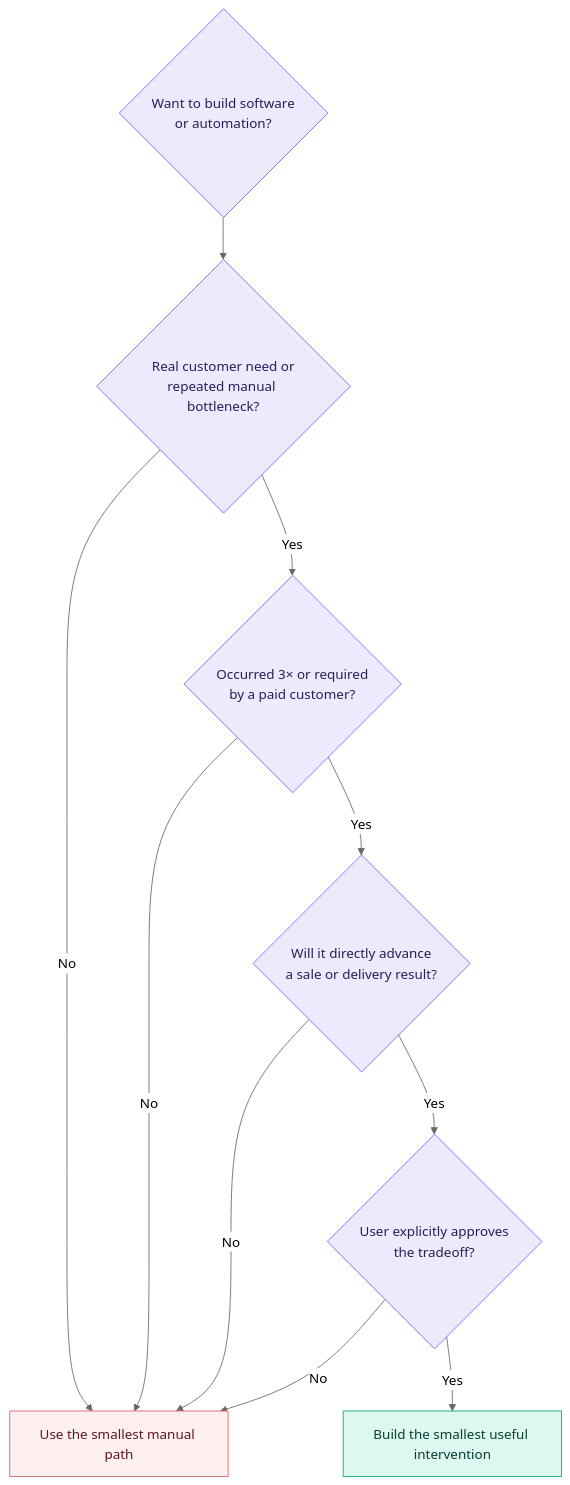
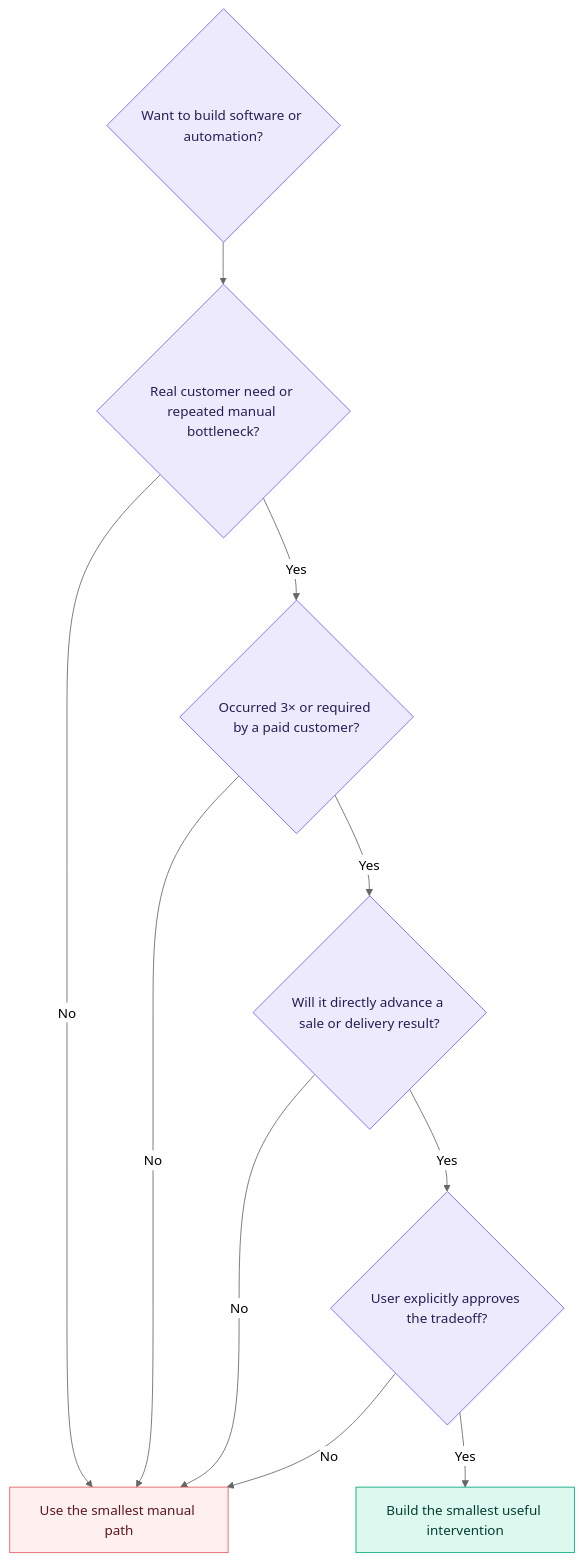
The third of 4 diagrams in README.md (izestylusx/revenue-coach), drawn with Mermaid (neutral theme) before and after one commit. The commit also changed other lines of this file and 36 other files, not shown here.

````diff
--- a/README.md
+++ b/README.md
@@ -94,19 +129,19 @@
 ```mermaid
 flowchart TD
-    A{Want to build software<br>or automation?} --> B{Real customer need or<br>repeated manual bottleneck?}
-    B -- No --> C[Use the smallest manual path]
-    B -- Yes --> D{Occurred 3× or required<br>by a paid customer?}
+    A{"Want to build software or automation?"} --> B{"Real customer need or repeated manual bottleneck?"}
+    B -- No --> C["Use the smallest manual path"]
+    B -- Yes --> D{"Occurred 3× or required by a paid customer?"}
     D -- No --> C
-    D -- Yes --> E{Will it directly advance<br>a sale or delivery result?}
+    D -- Yes --> E{"Will it directly advance a sale or delivery result?"}
     E -- No --> C
-    E -- Yes --> F{User explicitly approves<br>the tradeoff?}
+    E -- Yes --> F{"User explicitly approves the tradeoff?"}
     F -- No --> C
-    F -- Yes --> G[Build the smallest useful intervention]
+    F -- Yes --> G["Build the smallest useful intervention"]
 
     classDef stop fill:#FFF0F0,stroke:#E15B64,color:#5B171C
     classDef go fill:#DDF8EF,stroke:#00A878,color:#063F32
     classDef decision fill:#EEEAFE,stroke:#6C63FF,color:#241F54
     class A,B,D,E,F decision
     class C stop
     class G go
 ```
````
